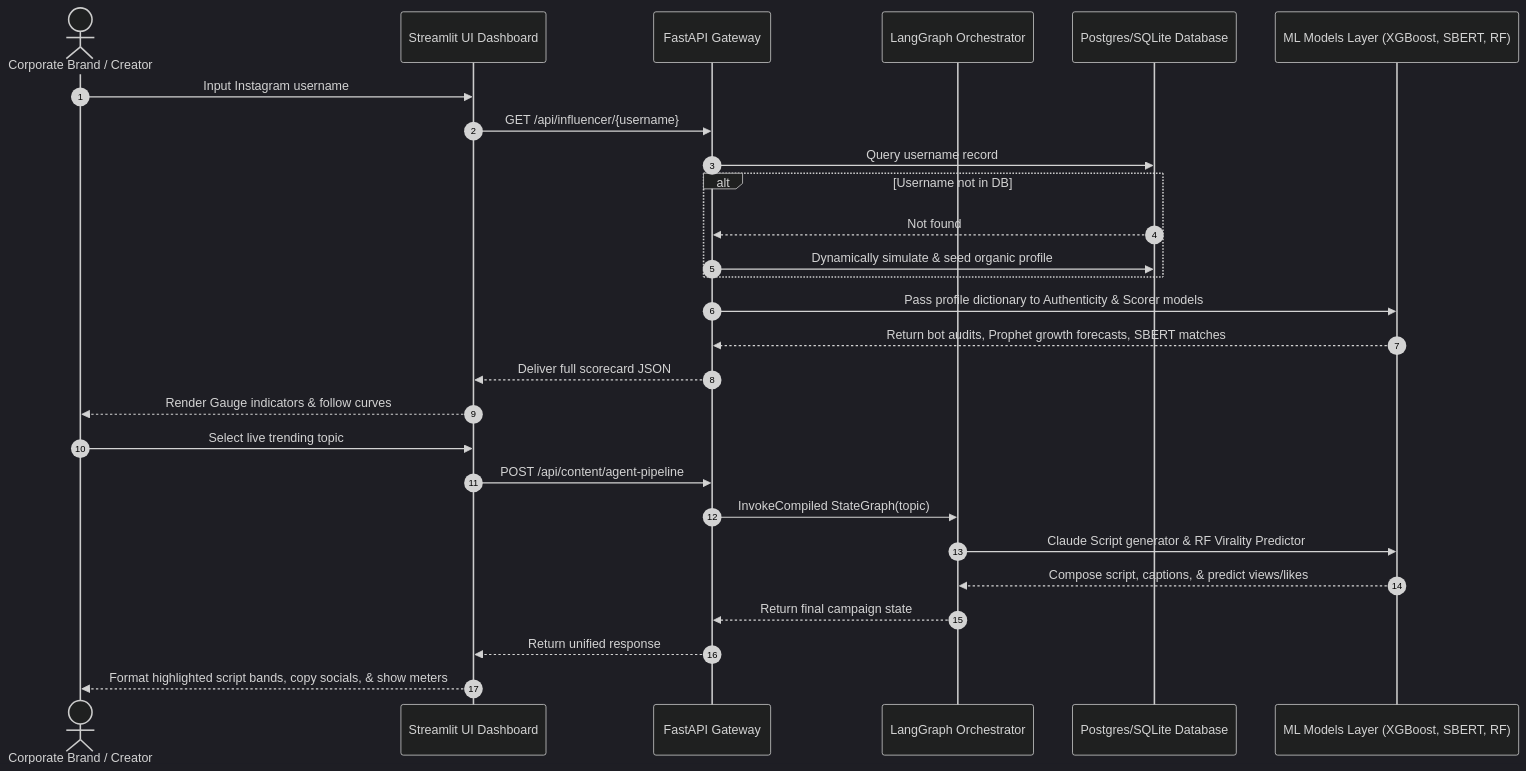
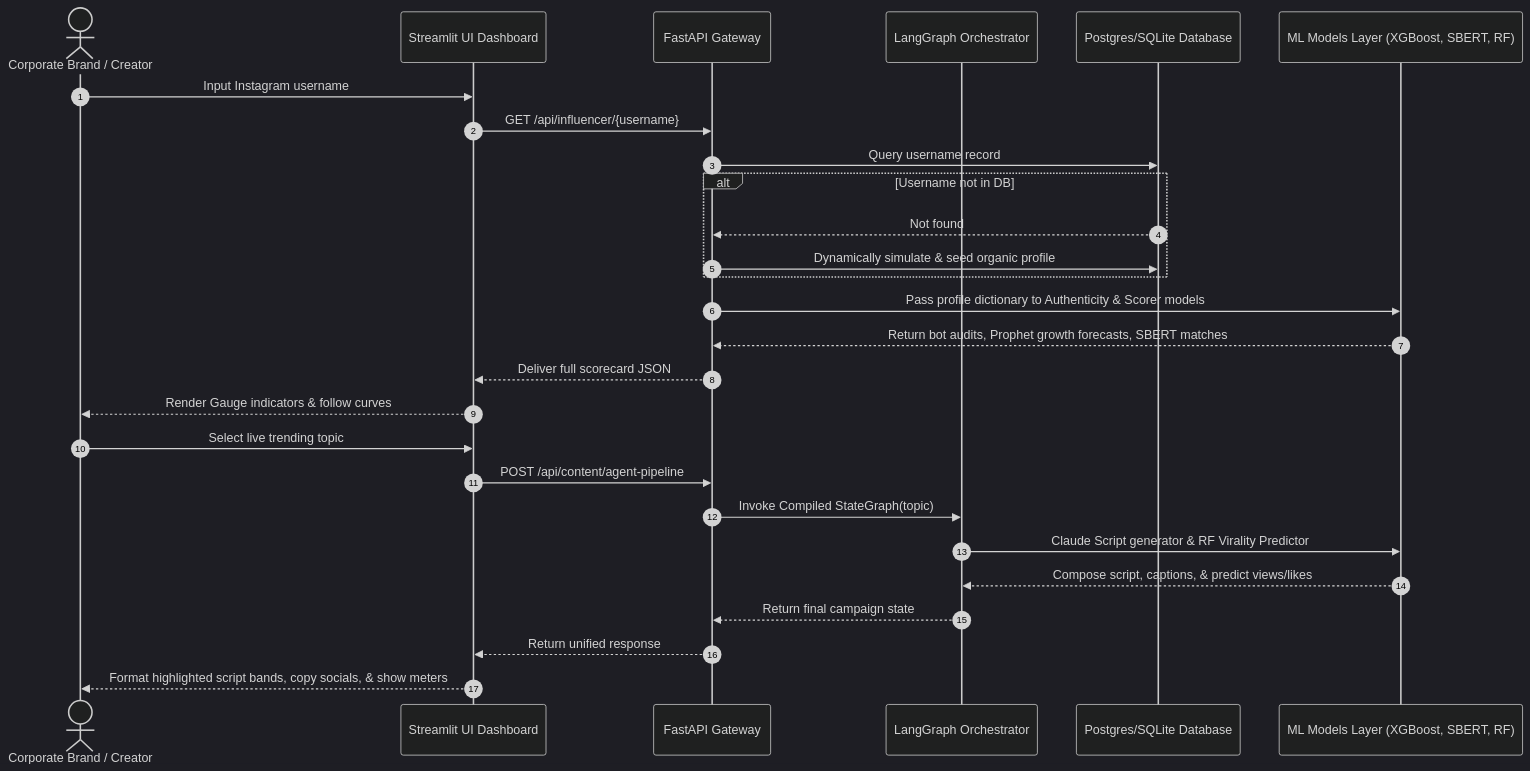
One commit to http-pruthvi/Ratefluencer changed the diagram in docs/ARCHITECTURE.md. Above: the diagram before and after it, drawn with Mermaid (dark theme). The commit also changed other lines of this file and 3 other files, not shown here.

Commit message:
docs: create professional README, ARCHITECTURE guides, and expand .env.example with precise comments

````diff
--- a/docs/ARCHITECTURE.md
+++ b/docs/ARCHITECTURE.md
@@ -56,31 +56,31 @@
 ```mermaid
 sequenceDiagram
     autonumber
     actor User as Corporate Brand / Creator
     participant UI as Streamlit UI Dashboard
     participant API as FastAPI Gateway
     participant Agent as LangGraph Orchestrator
     participant DB as Postgres/SQLite Database
     participant ML as ML Models Layer (XGBoost, SBERT, RF)
 
     User->>UI: Input Instagram username
     UI->>API: GET /api/influencer/{username}
     API->>DB: Query username record
     alt Username not in DB
         DB-->>API: Not found
         API->>DB: Dynamically simulate & seed organic profile
     end
     API->>ML: Pass profile dictionary to Authenticity & Scorer models
     ML-->>API: Return bot audits, Prophet growth forecasts, SBERT matches
     API-->>UI: Deliver full scorecard JSON
     UI-->>User: Render Gauge indicators & follow curves
 
     User->>UI: Select live trending topic
     UI->>API: POST /api/content/agent-pipeline
-    API->>Agent: InvokeCompiled StateGraph(topic)
+    API->>Agent: Invoke Compiled StateGraph(topic)
     Agent->>ML: Claude Script generator & RF Virality Predictor
     ML-->>Agent: Compose script, captions, & predict views/likes
     Agent-->>API: Return final campaign state
     API-->>UI: Return unified response
     UI-->>User: Format highlighted script bands, copy socials, & show meters
 ```
````
